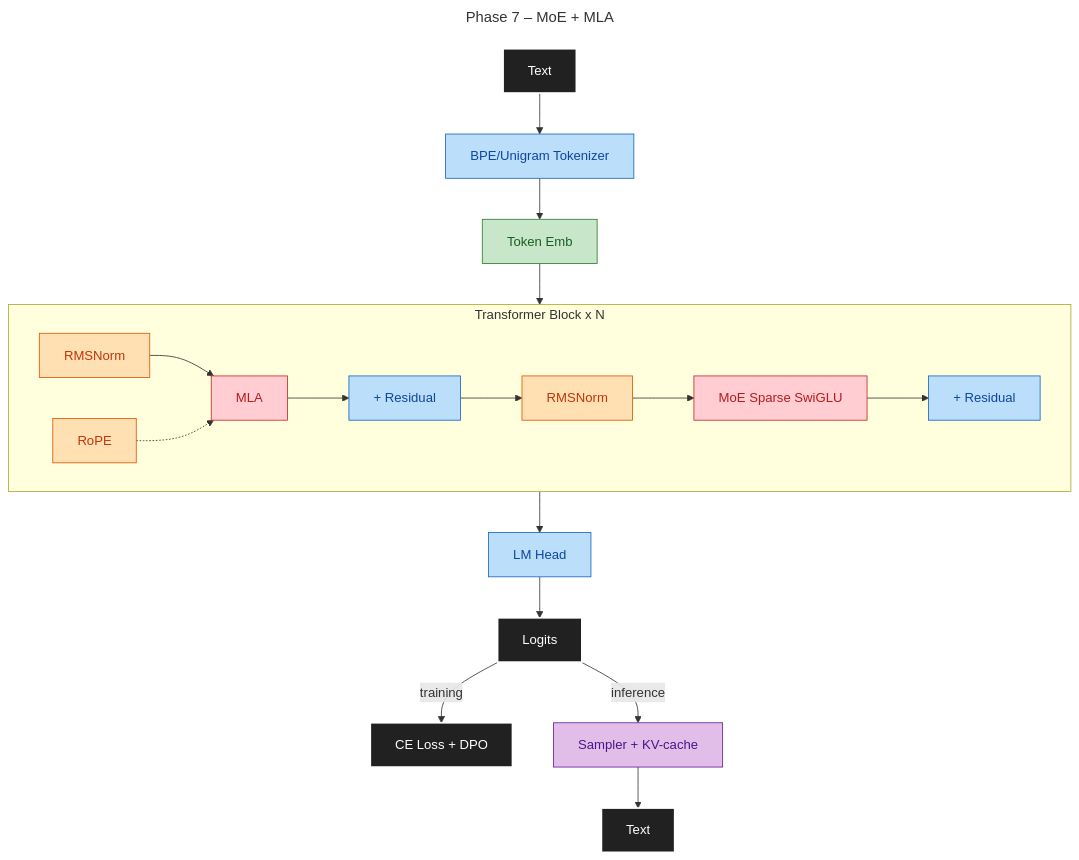
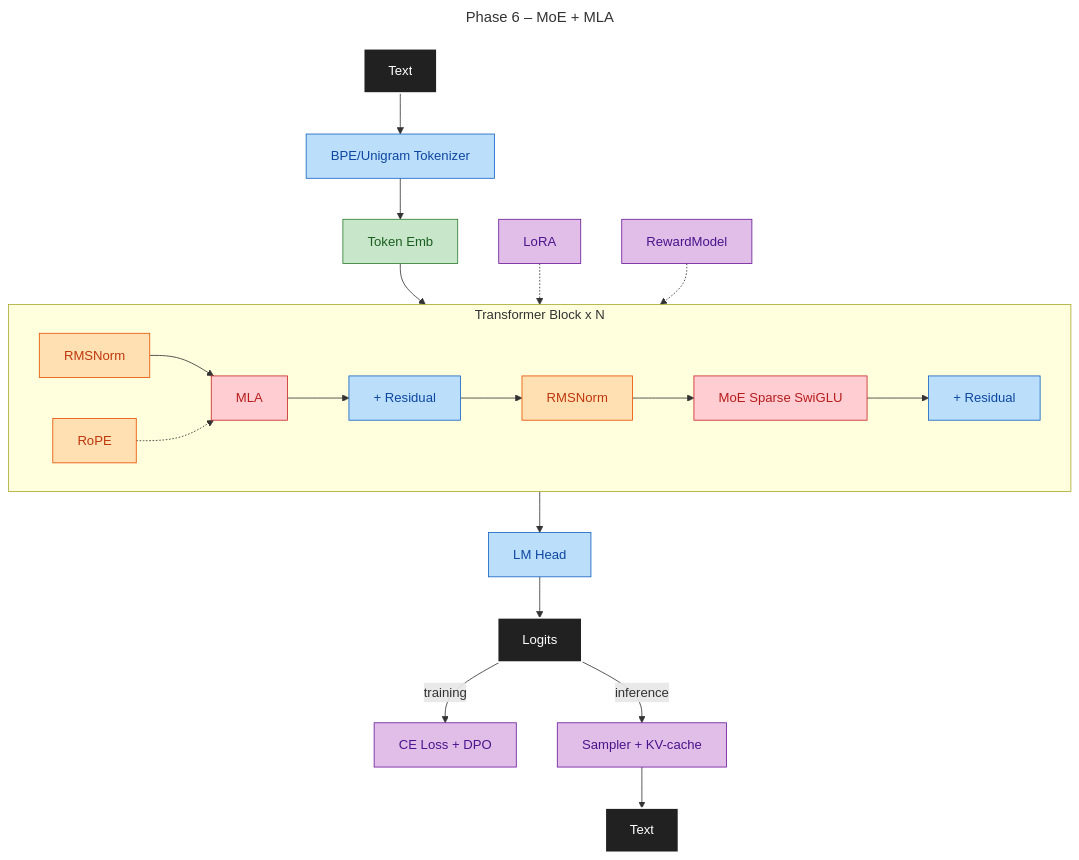
The fifth of 7 diagrams in docs/DESIGN.md (maxjbarfuss/max_llm), drawn with Mermaid before and after one commit. The commit also changed other lines of this file and 10 other files, not shown here.

````diff
--- a/docs/DESIGN.md
+++ b/docs/DESIGN.md
@@ -94,21 +121,23 @@
 ```mermaid
 ---
-title: Phase 7 – MoE + MLA
+title: Phase 6 – MoE + MLA
 ---
 graph TD
     A[Text]:::io --> B[BPE/Unigram Tokenizer]:::p3 --> C[Token Emb]:::p2 --> Block
     subgraph Block[Transformer Block x N]
         direction LR
-        D[RMSNorm]:::p4 --> E[MLA]:::p7 --> F[+ Residual]:::p3 --> G[RMSNorm]:::p4 --> H[MoE Sparse SwiGLU]:::p7 --> I[+ Residual]:::p3
+        D[RMSNorm]:::p4 --> E[MLA]:::p6 --> F[+ Residual]:::p3 --> G[RMSNorm]:::p4 --> H[MoE Sparse SwiGLU]:::p6 --> I[+ Residual]:::p3
         RoPE:::p4 -.-> E
     end
+    LoRA:::p5 -.-> Block
+    RewardModel:::p5 -.-> Block
     Block --> J[LM Head]:::p3 --> K[Logits]:::io
-    K -->|training| L[CE Loss + DPO]:::io
-    K -->|inference| M[Sampler + KV-cache]:::p56 --> N[Text]:::io
+    K -->|training| L[CE Loss + DPO]:::p5
+    K -->|inference| M[Sampler + KV-cache]:::p5 --> N[Text]:::io
     classDef io fill:#212121,stroke:#FFFFFF,color:#FFFFFF,stroke-width:2px
     classDef p2 fill:#C8E6C9,stroke:#2E7D32,color:#1B5E20
     classDef p3 fill:#BBDEFB,stroke:#1565C0,color:#0D47A1
     classDef p4 fill:#FFE0B2,stroke:#E65100,color:#BF360C
-    classDef p56 fill:#E1BEE7,stroke:#6A1B9A,color:#4A148C
-    classDef p7 fill:#FFCDD2,stroke:#C62828,color:#B71C1C
+    classDef p5 fill:#E1BEE7,stroke:#6A1B9A,color:#4A148C
+    classDef p6 fill:#FFCDD2,stroke:#C62828,color:#B71C1C
 ```
````
